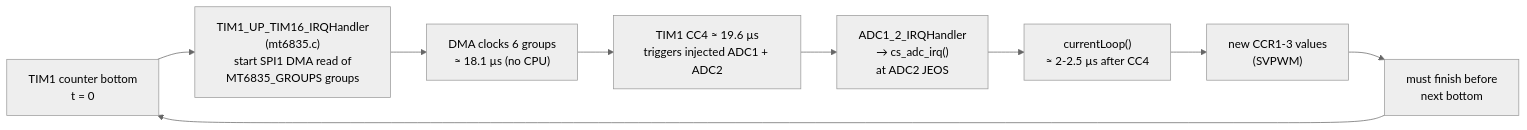
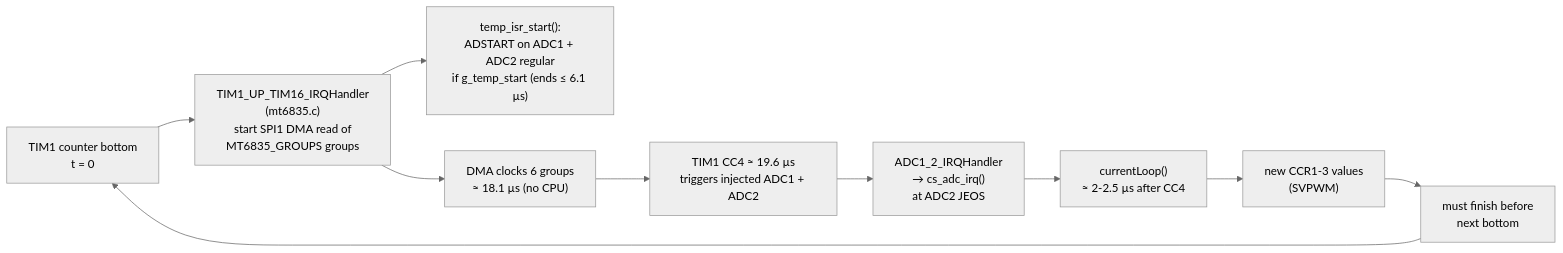
One commit to alanhpereira/fluxdrive-g4 changed the sixth of 15 diagrams in docs/software-structure.md. Above: the diagram before and after it, drawn with Mermaid (neutral theme). The commit also changed other lines of this file and 23 other files, not shown here.

````diff
--- a/docs/software-structure.md
+++ b/docs/software-structure.md
@@ -223,11 +224,12 @@
 ```mermaid
 flowchart LR
     B["TIM1 counter bottom<br/>t = 0"] --> UP["TIM1_UP_TIM16_IRQHandler<br/>(mt6835.c)<br/>start SPI1 DMA read of<br/>MT6835_GROUPS groups"]
+    UP --> TS["temp_isr_start():<br/>ADSTART on ADC1 + ADC2 regular<br/>if g_temp_start (ends ≤ 6.1 µs)"]
     UP --> DMA["DMA clocks 6 groups<br/>≈ 18.1 µs (no CPU)"]
     DMA --> CC4["TIM1 CC4 ≈ 19.6 µs<br/>triggers injected ADC1 + ADC2"]
     CC4 --> ADC["ADC1_2_IRQHandler<br/>→ cs_adc_irq()<br/>at ADC2 JEOS"]
     ADC --> CL["currentLoop()<br/>≈ 2-2.5 µs after CC4"]
     CL --> CCR["new CCR1-3 values<br/>(SVPWM)"]
     CCR --> NB["must finish before<br/>next bottom"]
     NB --> B
 ```
````
